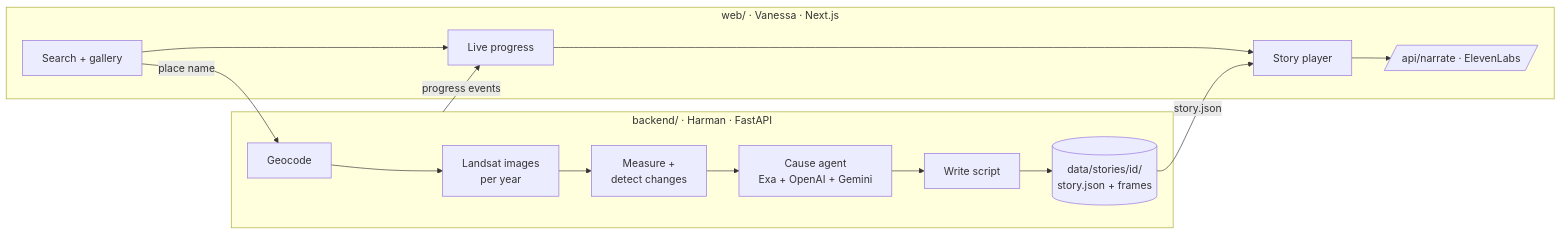
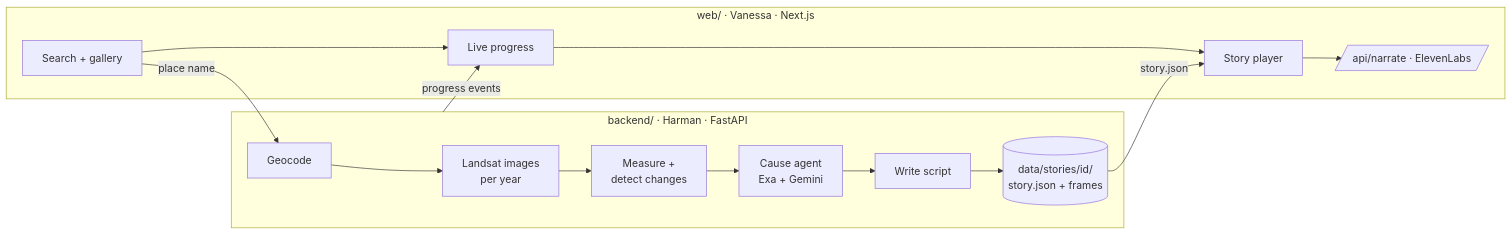
Before and after one commit to vanessa-laii/Hack-The-Nest: the diagram in docs/PLAN.md, drawn with Mermaid. The commit also changed other lines of this file and 2 other files, not shown here.

Commit message:
Docs: track rules updated, Gemini is fine for the agent (no OpenAI switch)

````diff
--- a/docs/PLAN.md
+++ b/docs/PLAN.md
@@ -35,15 +35,15 @@
 ```mermaid
 flowchart LR
     subgraph WEB["web/ · Vanessa · Next.js"]
         S[Search + gallery] --> B[Live progress] --> P[Story player]
         N[/api/narrate · ElevenLabs/]
     end
     subgraph BE["backend/ · Harman · FastAPI"]
-        G[Geocode] --> I[Landsat images<br/>per year] --> M[Measure +<br/>detect changes] --> A[Cause agent<br/>Exa + OpenAI + Gemini] --> W[Write script]
+        G[Geocode] --> I[Landsat images<br/>per year] --> M[Measure +<br/>detect changes] --> A[Cause agent<br/>Exa + Gemini] --> W[Write script]
         W --> D[(data/stories/id/<br/>story.json + frames)]
     end
     S -- place name --> G
     BE -- progress events --> B
     D -- story.json --> P
     P --> N
 ```
````
